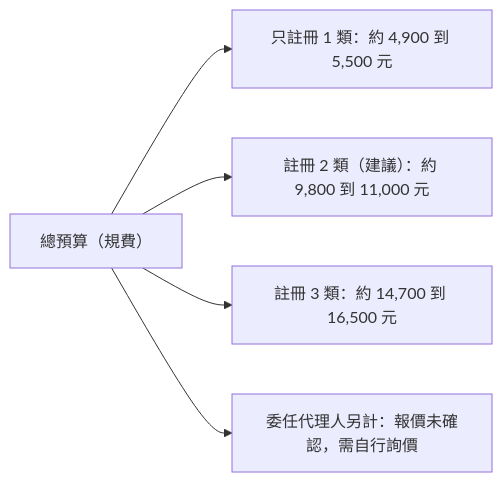
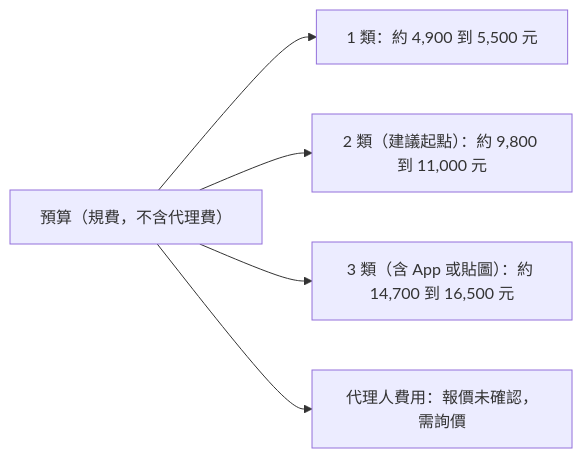
The second of 2 diagrams in docs/legal/trademark_registration.md (MiaoZiKe/tw-rotation), drawn with Mermaid before and after one commit. The commit also changed other lines of this file, not shown here.

First line of the commit message:
docs: 商標規劃第二版，以比比純圖形為主體

````diff
--- a/docs/legal/trademark_registration.md
+++ b/docs/legal/trademark_registration.md
@@ -28,7 +31,7 @@
 ```mermaid
 flowchart LR
-    R["總預算（規費）"] --> R1["只註冊 1 類：約 4,900 到 5,500 元"]
-    R --> R2["註冊 2 類（建議）：約 9,800 到 11,000 元"]
-    R --> R3["註冊 3 類：約 14,700 到 16,500 元"]
-    R --> R4["委任代理人另計：報價未確認，需自行詢價"]
+    S["預算（規費，不含代理費）"] --> S1["1 類：約 4,900 到 5,500 元"]
+    S --> S2["2 類（建議起點）：約 9,800 到 11,000 元"]
+    S --> S3["3 類（含 App 或貼圖）：約 14,700 到 16,500 元"]
+    S --> S4["代理人費用：報價未確認，需詢價"]
 ```
````
